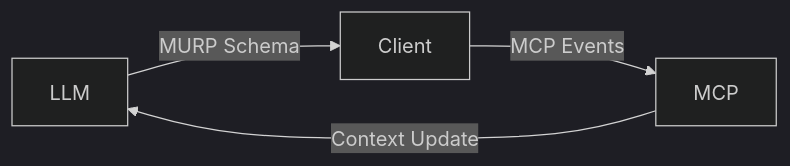
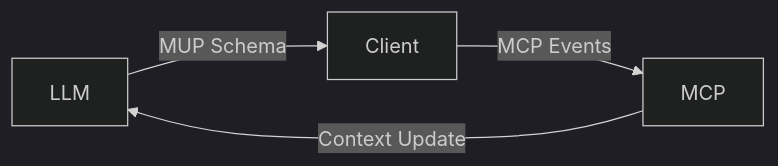
One commit to modeluiprotocol/.github changed the diagram in profile/README.md. Above: the diagram before and after it, drawn with Mermaid (dark theme). The commit also changed other lines of this file, not shown here.

````diff
--- a/profile/README.md
+++ b/profile/README.md
@@ -53,6 +53,6 @@
 ```mermaid
 graph LR
-    LLM -->|MURP Schema| Client
+    LLM -->|MUP Schema| Client
     Client -->|MCP Events| MCP
     MCP -->|Context Update| LLM
 ```
````
